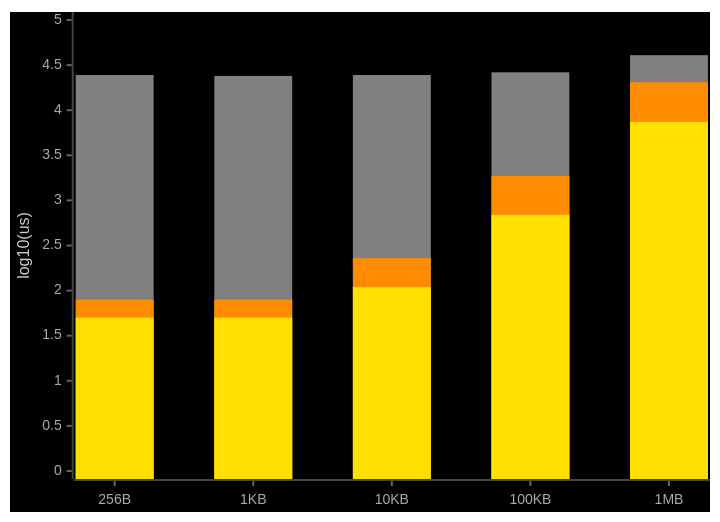
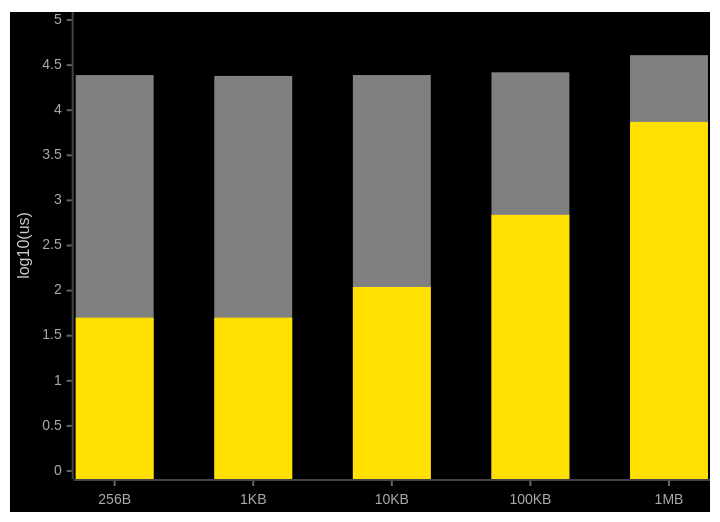
One commit to inference-labs-inc/lightning changed the first of 2 diagrams in README.md. Above: the diagram before and after it, drawn with Mermaid. The commit also changed other lines of this file, not shown here.

Commit message:
Simplify charts to two-series bittensor vs lightning comparison

````diff
--- a/README.md
+++ b/README.md
@@ -78,26 +77,25 @@
 ```mermaid
 ---
 config:
     xyChart:
         plotReservedSpacePercent: 60
     themeVariables:
         xyChart:
             backgroundColor: "#000000"
-            plotColorPalette: "#808080, #FF8C00, #FFE000"
+            plotColorPalette: "#808080, #FFE000"
             titleColor: "#ffffff"
             xAxisLabelColor: "#aaaaaa"
             xAxisTitleColor: "#cccccc"
             xAxisTickColor: "#666666"
             xAxisLineColor: "#444444"
             yAxisLabelColor: "#aaaaaa"
             yAxisTitleColor: "#cccccc"
             yAxisTickColor: "#666666"
             yAxisLineColor: "#444444"
 ---
 xychart-beta
     x-axis ["256B", "1KB", "10KB", "100KB", "1MB"]
     y-axis "log10(us)" 0 --> 5
     bar "bittensor" [4.39, 4.38, 4.39, 4.42, 4.61]
-    bar "lightning (Python)" [1.90, 1.90, 2.36, 3.27, 4.31]
-    bar "lightning (Rust)" [1.70, 1.70, 2.04, 2.84, 3.87]
+    bar "lightning" [1.70, 1.70, 2.04, 2.84, 3.87]
 ```
````
